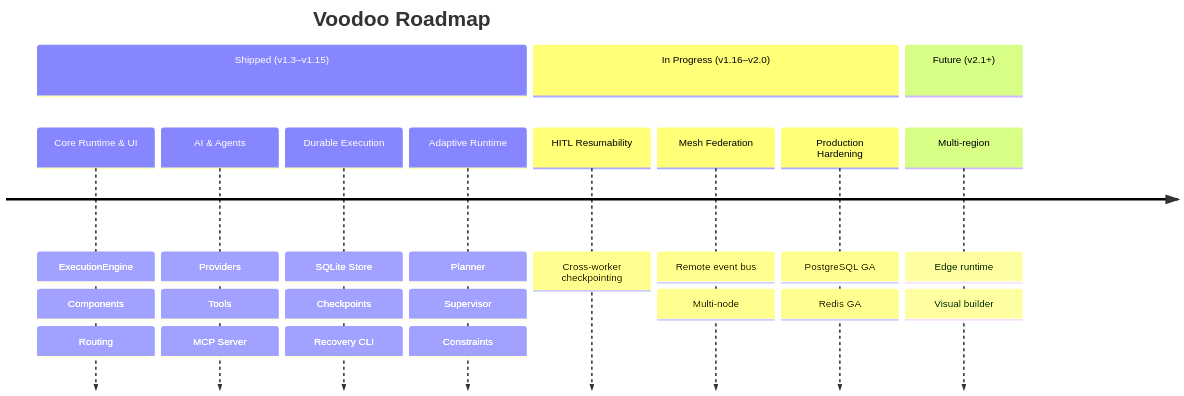
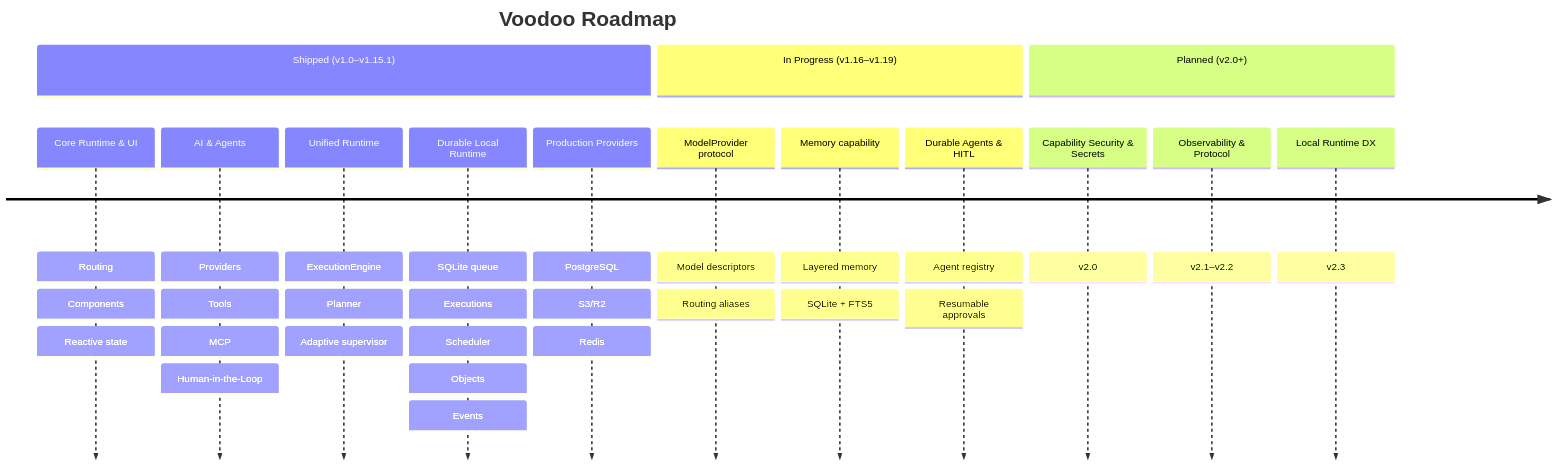
The second of 2 diagrams in README.md (helderperez-dev/voodoo), drawn with Mermaid before and after one commit. The commit also changed other lines of this file and 4 other files, not shown here.

First line of the commit message:
docs(planning): reconcile sprint plan, roadmap, and skills (#7)

````diff
--- a/README.md
+++ b/README.md
@@ -400,15 +400,18 @@
 ```mermaid
 timeline
     title Voodoo Roadmap
-    section Shipped (v1.3–v1.15)
-        Core Runtime & UI : ExecutionEngine : Components : Routing
-        AI & Agents : Providers : Tools : MCP Server
-        Durable Execution : SQLite Store : Checkpoints : Recovery CLI
-        Adaptive Runtime : Planner : Supervisor : Constraints
-    section In Progress (v1.16–v2.0)
-        HITL Resumability : Cross-worker checkpointing
-        Mesh Federation : Remote event bus : Multi-node
-        Production Hardening : PostgreSQL GA : Redis GA
-    section Future (v2.1+)
-        Multi-region : Edge runtime : Visual builder
+    section Shipped (v1.0–v1.15.1)
+        Core Runtime & UI : Routing : Components : Reactive state
+        AI & Agents : Providers : Tools : MCP : Human-in-the-Loop
+        Unified Runtime : ExecutionEngine : Planner : Adaptive supervisor
+        Durable Local Runtime : SQLite queue : Executions : Scheduler : Objects : Events
+        Production Providers : PostgreSQL : S3/R2 : Redis
+    section In Progress (v1.16–v1.19)
+        ModelProvider protocol : Model descriptors : Routing aliases
+        Memory capability : Layered memory : SQLite + FTS5
+        Durable Agents & HITL : Agent registry : Resumable approvals
+    section Planned (v2.0+)
+        Capability Security & Secrets : v2.0
+        Observability & Protocol : v2.1–v2.2
+        Local Runtime DX : v2.3
 ```
````
